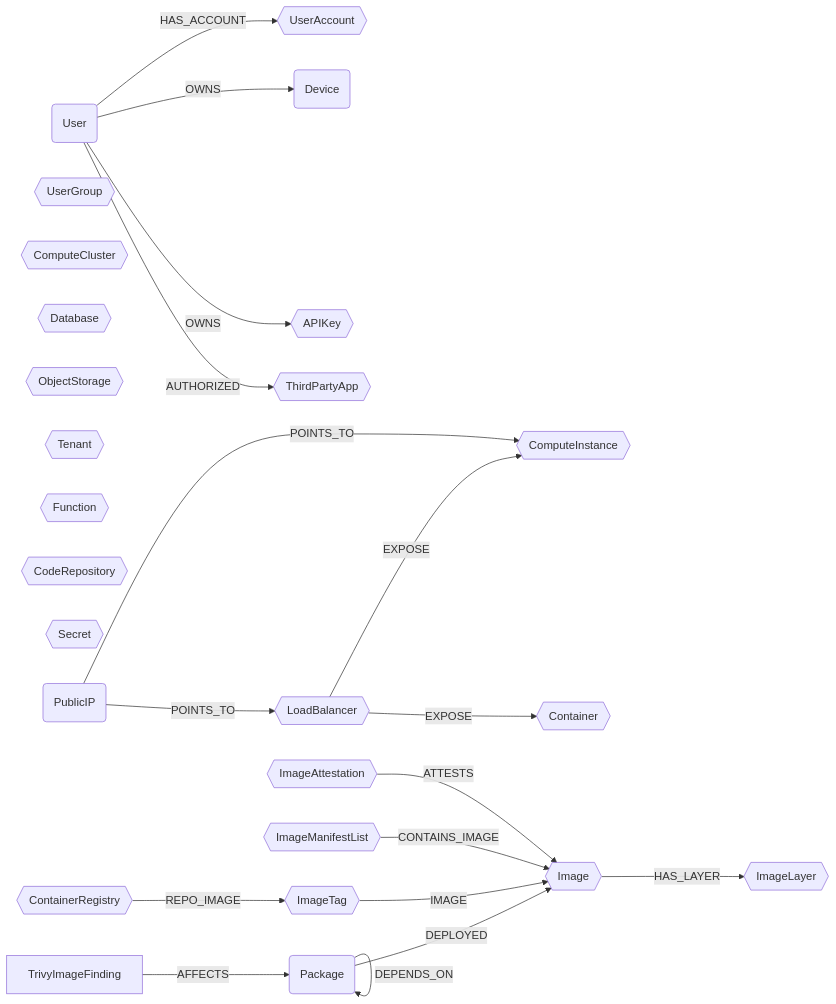
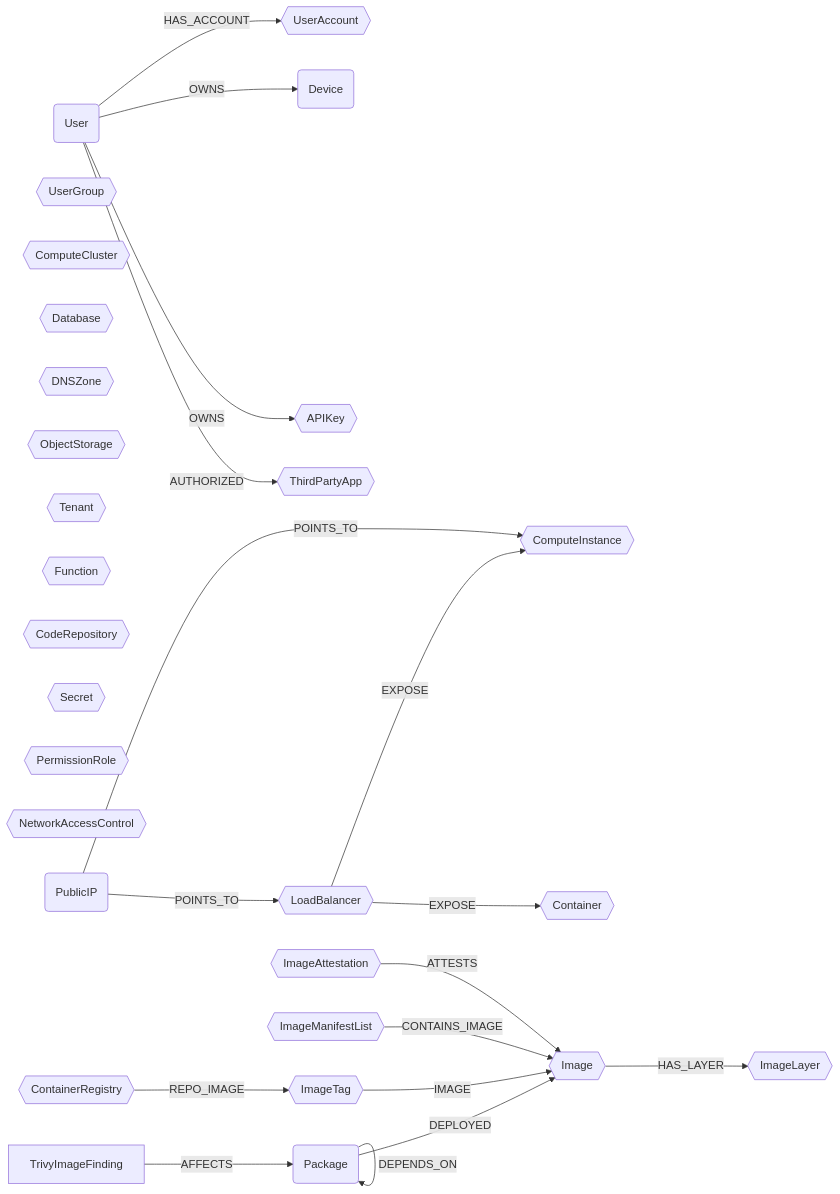
Before and after one commit to cartography-cncf/cartography: the diagram in docs/root/modules/ontology/schema.md, drawn with Mermaid. The commit also changed other lines of this file and 8 other files, not shown here.

First line of the commit message:
docs: add ontology mapping notes for PermissionRole, NetworkAccessControl, DNSZone

````diff
--- a/docs/root/modules/ontology/schema.md
+++ b/docs/root/modules/ontology/schema.md
@@ -6,28 +6,31 @@
 ```mermaid
 graph LR
 
 U(User) -- HAS_ACCOUNT --> UA{{UserAccount}}
 U -- OWNS --> CC(Device)
 U -- OWNS --> AK{{APIKey}}
 U -- AUTHORIZED --> OA{{ThirdPartyApp}}
 UG{{UserGroup}}
 LB{{LoadBalancer}} -- EXPOSE --> CI{{ComputeInstance}}
 LB{{LoadBalancer}} -- EXPOSE --> CT{{Container}}
 CL{{ComputeCluster}}
 DB{{Database}}
+DZ{{DNSZone}}
 OS{{ObjectStorage}}
 TN{{Tenant}}
 FN{{Function}}
 REPO{{CodeRepository}}
 SC{{Secret}}
+PR{{PermissionRole}}
+NAC{{NetworkAccessControl}}
 PIP(PublicIP) -- POINTS_TO --> LB
 PIP -- POINTS_TO --> CI
 PKG(Package) -- DEPLOYED --> IM{{Image}}
 PKG -- DEPENDS_ON --> PKG
 F[TrivyImageFinding] -- AFFECTS --> PKG
 CR{{ContainerRegistry}} -- REPO_IMAGE --> IT{{ImageTag}}
 IT -- IMAGE --> IM
 IML{{ImageManifestList}} -- CONTAINS_IMAGE --> IM
 IA{{ImageAttestation}} -- ATTESTS --> IM
 IM -- HAS_LAYER --> IL{{ImageLayer}}
 ```
````
